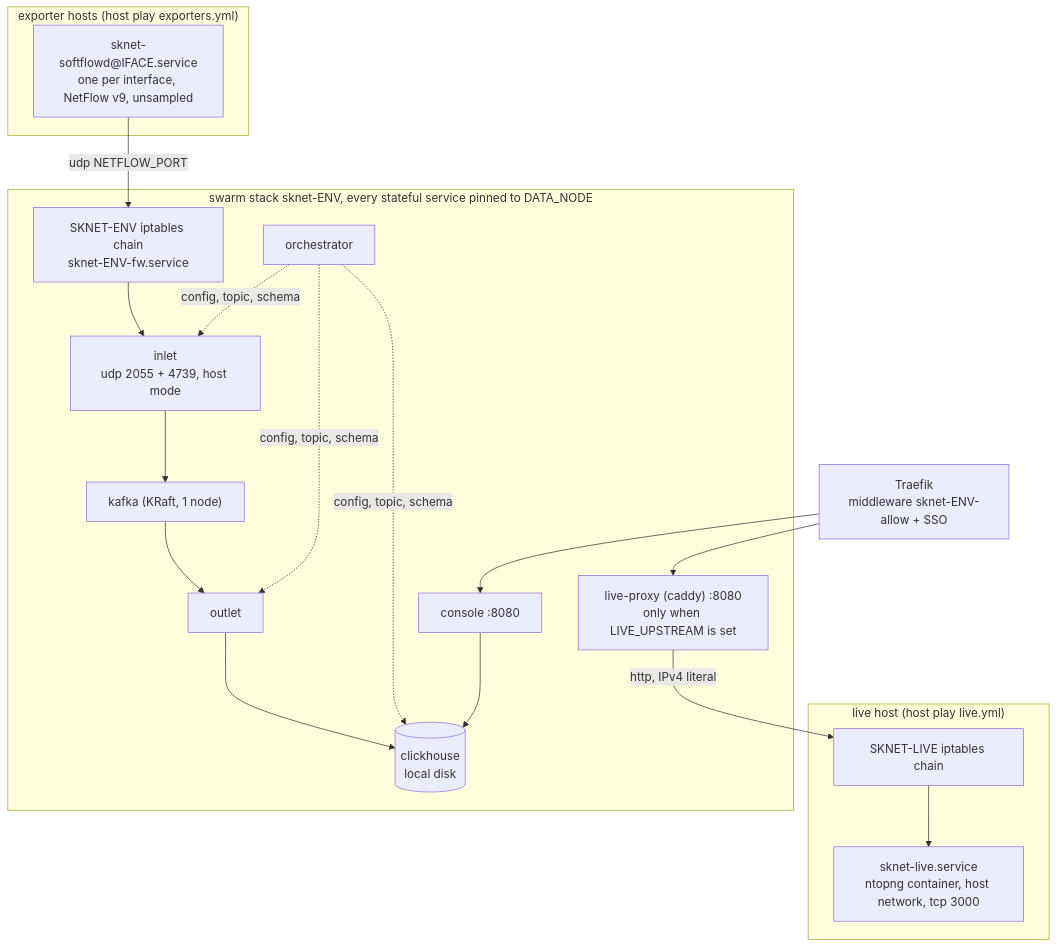
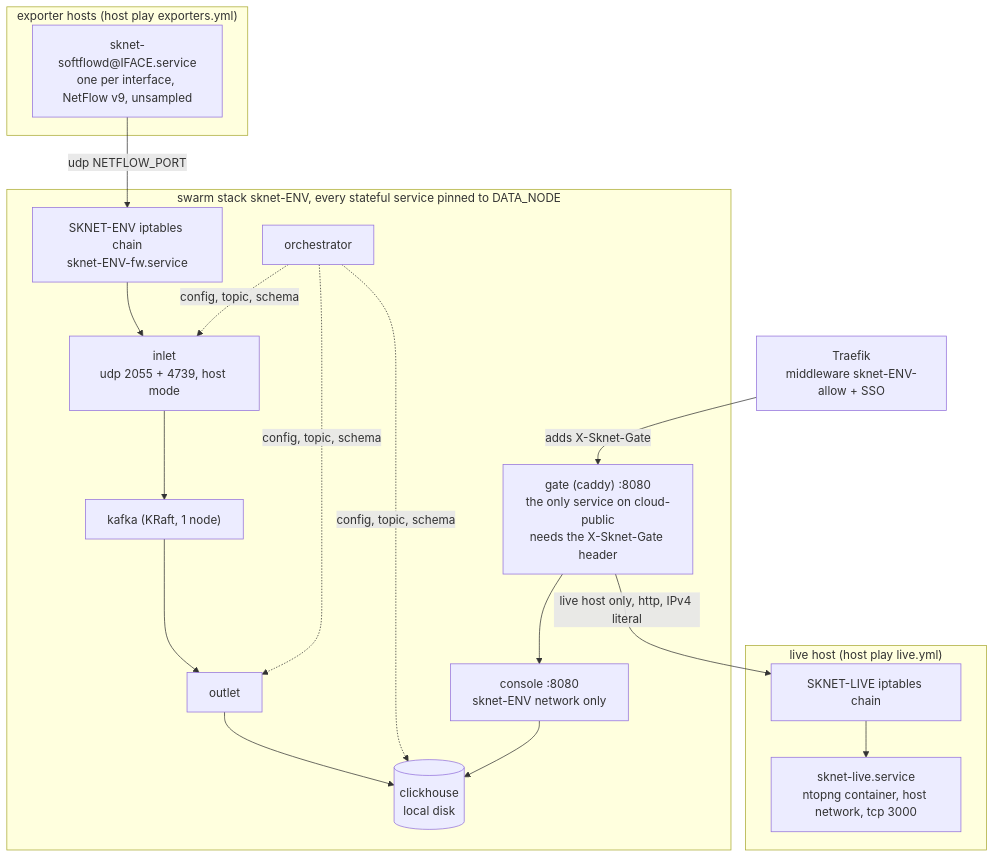
One commit to smilinTux/skstacks changed the first of 2 diagrams in v1/ansible/optional/sknet/docs/architecture.md. Above: the diagram before and after it, drawn with Mermaid. The commit also changed other lines of this file and 11 other files, not shown here.

First line of the commit message:
docs(sknet): describe the gate, the gwbridge source address and the review nits

````diff
--- a/v1/ansible/optional/sknet/docs/architecture.md
+++ b/v1/ansible/optional/sknet/docs/architecture.md
@@ -7,26 +7,26 @@
 ```mermaid
 flowchart TB
   subgraph EXP["exporter hosts (host play exporters.yml)"]
     SF["sknet-softflowd@IFACE.service<br/>one per interface, NetFlow v9, unsampled"]
   end
   subgraph LIVE["live host (host play live.yml)"]
     NT["sknet-live.service<br/>ntopng container, host network, tcp 3000"]
     NFW["SKNET-LIVE iptables chain"]
   end
   subgraph SWARM["swarm stack sknet-ENV, every stateful service pinned to DATA_NODE"]
     FW["SKNET-ENV iptables chain<br/>sknet-ENV-fw.service"]
     IN["inlet<br/>udp 2055 + 4739, host mode"]
     KF["kafka (KRaft, 1 node)"]
     OU["outlet"]
     CH[("clickhouse<br/>local disk")]
     OR["orchestrator"]
-    CO["console :8080"]
-    PX["live-proxy (caddy) :8080<br/>only when LIVE_UPSTREAM is set"]
+    CO["console :8080<br/>sknet-ENV network only"]
+    GT["gate (caddy) :8080<br/>the only service on cloud-public<br/>needs the X-Sknet-Gate header"]
   end
   TR["Traefik<br/>middleware sknet-ENV-allow + SSO"]
   SF -- "udp NETFLOW_PORT" --> FW --> IN --> KF --> OU --> CH
   OR -. "config, topic, schema" .-> IN & OU & CH
   CO --> CH
-  TR --> CO
-  TR --> PX -- "http, IPv4 literal" --> NFW --> NT
+  TR -- "adds X-Sknet-Gate" --> GT --> CO
+  GT -- "live host only, http, IPv4 literal" --> NFW --> NT
 ```
````
